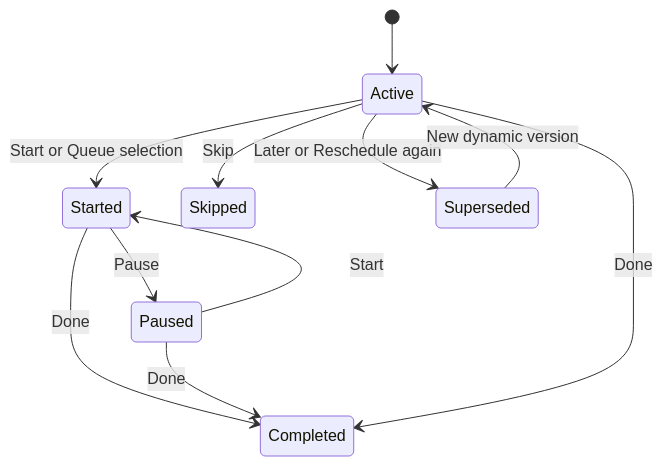
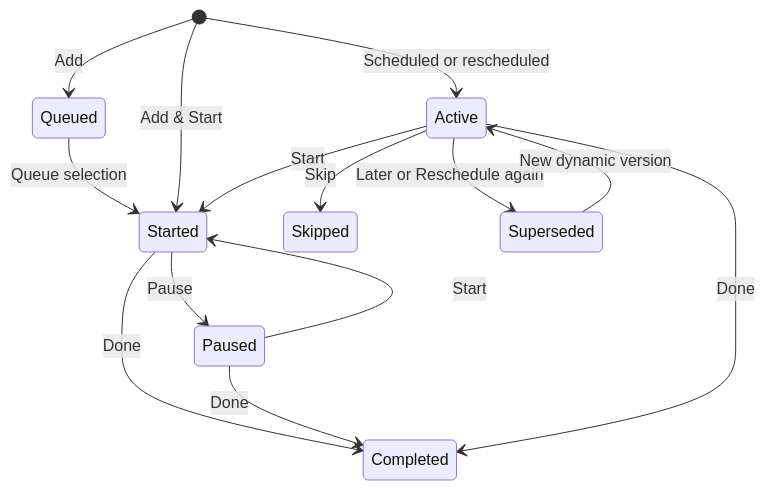
One commit to Pouya-Mansournia/PulseTask changed the second of 2 diagrams in README.md. Above: the diagram before and after it, drawn with Mermaid. The commit also changed other lines of this file and 2 other files, not shown here.

Commit message:
fix: exclude queued tasks from free slot search

````diff
--- a/README.md
+++ b/README.md
@@ -279,13 +279,16 @@
 ```mermaid
 stateDiagram-v2
-    [*] --> Active
-    Active --> Started: Start or Queue selection
+    [*] --> Queued: Add
+    Queued --> Started: Queue selection
+    [*] --> Started: Add & Start
+    [*] --> Active: Scheduled or rescheduled
+    Active --> Started: Start
     Started --> Paused: Pause
     Paused --> Started: Start
     Started --> Completed: Done
     Paused --> Completed: Done
     Active --> Completed: Done
     Active --> Skipped: Skip
     Active --> Superseded: Later or Reschedule again
     Superseded --> Active: New dynamic version
 ```
````
